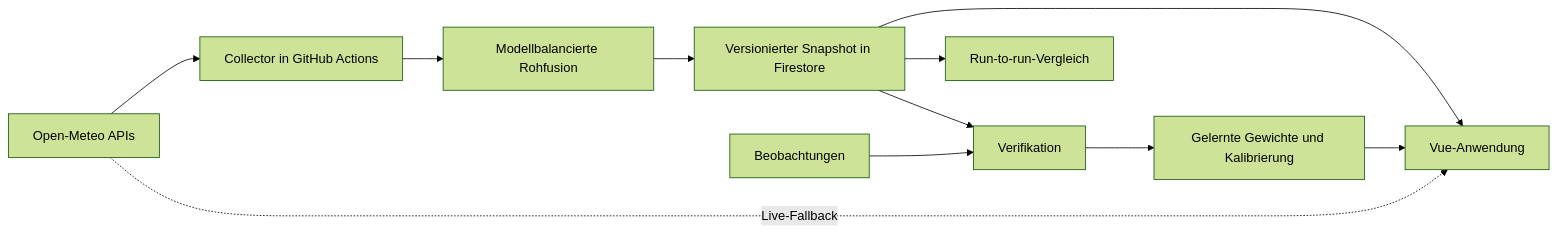
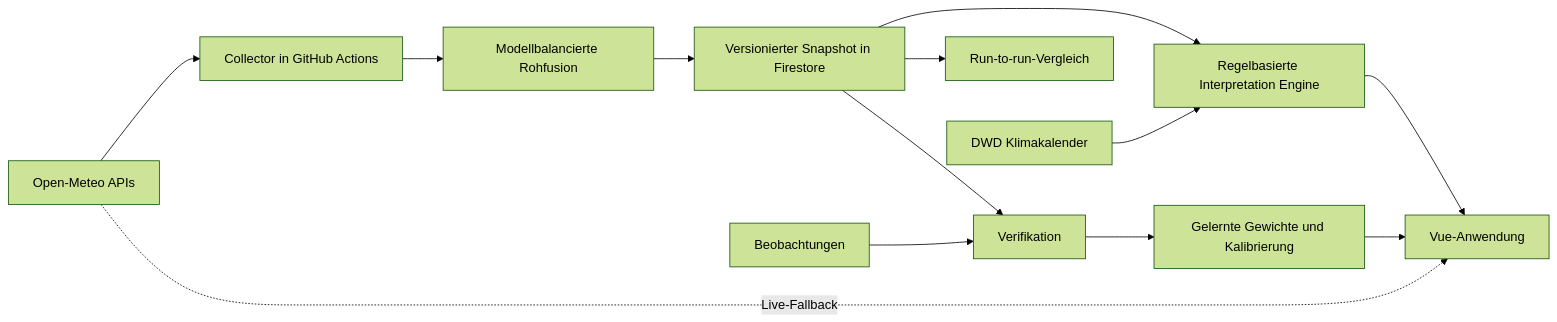
The diagram in docs/ARCHITECTURE.md (xn4k/WeatherApp), drawn with Mermaid (forest theme) before and after one commit. The commit also changed other lines of this file and 25 other files, not shown here.

First line of the commit message:
Modularize forecast interpretation engine

````diff
--- a/docs/ARCHITECTURE.md
+++ b/docs/ARCHITECTURE.md
@@ -7,13 +7,15 @@
 ```mermaid
 flowchart LR
     A[Open-Meteo APIs] --> B[Collector in GitHub Actions]
     B --> C[Modellbalancierte Rohfusion]
     C --> D[Versionierter Snapshot in Firestore]
-    D --> E[Vue-Anwendung]
+    D --> J[Regelbasierte Interpretation Engine]
+    J --> E[Vue-Anwendung]
     D --> F[Run-to-run-Vergleich]
     G[Beobachtungen] --> H[Verifikation]
     D --> H
     H --> I[Gelernte Gewichte und Kalibrierung]
     I --> E
+    K[DWD Klimakalender] --> J
     A -. Live-Fallback .-> E
 ```
````
